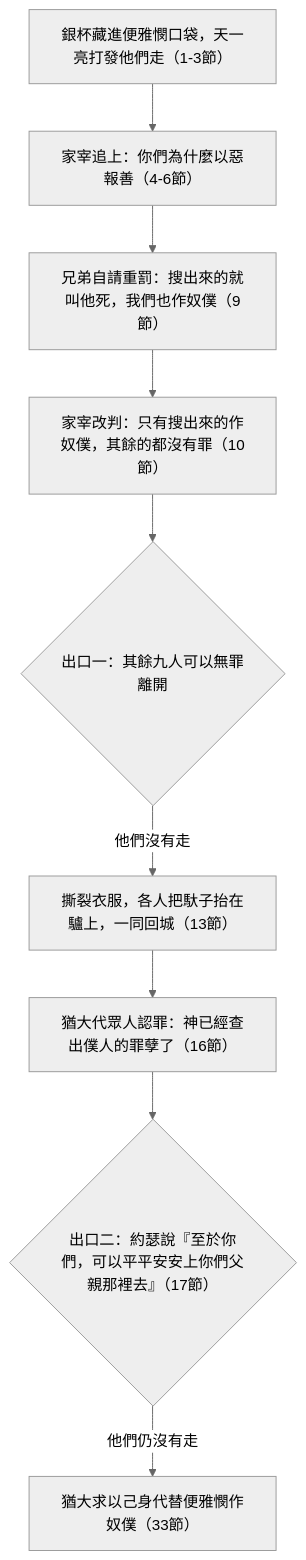
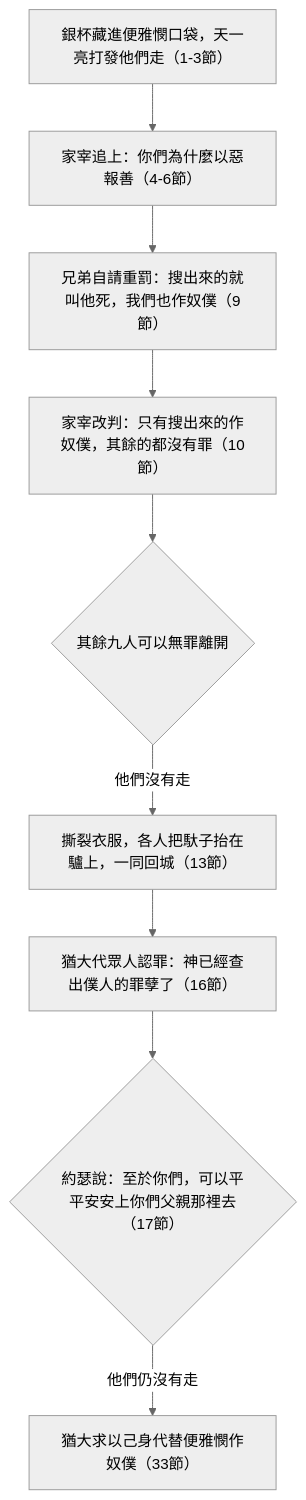
One commit to andyjr5566/Bible_wiki_zh_website changed the diagram in content/01 創世記/第44章.md. Above: the diagram before and after it, drawn with Mermaid (neutral theme). The commit also changed other lines of this file and 466 other files, not shown here.

````diff
--- a/content/01 創世記/第44章.md
+++ b/content/01 創世記/第44章.md
@@ -133,11 +122,11 @@
-  ```mermaid
-  flowchart TD
-    A["銀杯藏進便雅憫口袋，天一亮打發他們走（1-3節）"] --> B["家宰追上：你們為什麼以惡報善（4-6節）"]
-    B --> C["兄弟自請重罰：搜出來的就叫他死，我們也作奴僕（9節）"]
-    C --> D["家宰改判：只有搜出來的作奴僕，其餘的都沒有罪（10節）"]
-    D --> E{"出口一：其餘九人可以無罪離開"}
-    E -->|他們沒有走| F["撕裂衣服，各人把馱子抬在驢上，一同回城（13節）"]
-    F --> G["猶大代眾人認罪：神已經查出僕人的罪孽了（16節）"]
-    G --> H{"出口二：約瑟說『至於你們，可以平平安安上你們父親那裡去』（17節）"}
-    H -->|他們仍沒有走| I["猶大求以己身代替便雅憫作奴僕（33節）"]
-  ```
+```mermaid
+flowchart TD
+  A["銀杯藏進便雅憫口袋，天一亮打發他們走（1-3節）"] --> B["家宰追上：你們為什麼以惡報善（4-6節）"]
+  B --> C["兄弟自請重罰：搜出來的就叫他死，我們也作奴僕（9節）"]
+  C --> D["家宰改判：只有搜出來的作奴僕，其餘的都沒有罪（10節）"]
+  D --> E{"其餘九人可以無罪離開"}
+  E -->|他們沒有走| F["撕裂衣服，各人把馱子抬在驢上，一同回城（13節）"]
+  F --> G["猶大代眾人認罪：神已經查出僕人的罪孽了（16節）"]
+  G --> H{"約瑟說：至於你們，可以平平安安上你們父親那裡去（17節）"}
+  H -->|他們仍沒有走| I["猶大求以己身代替便雅憫作奴僕（33節）"]
+```
````
